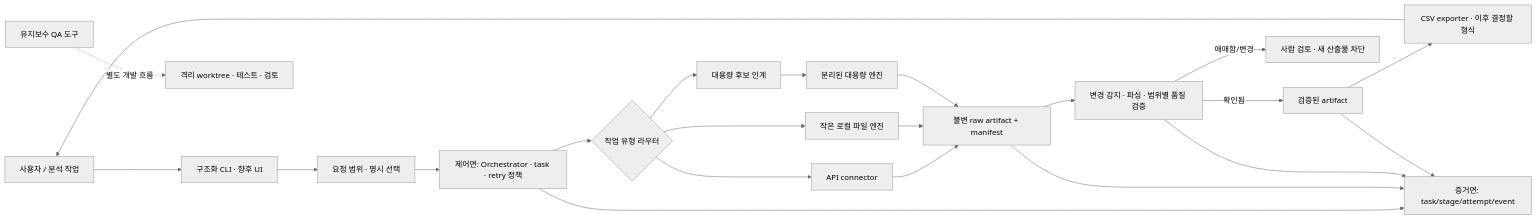
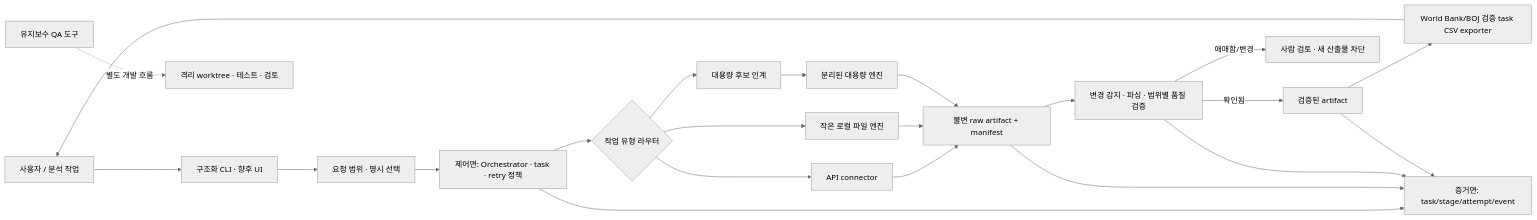
One commit to jaeu983-lang/MacroAtlas changed the diagram in docs/PRODUCT_ARCHITECTURE.md. Above: the diagram before and after it, drawn with Mermaid (neutral theme). The commit also changed other lines of this file and 17 other files, not shown here.

Commit message:
Add verified World Bank and BOJ CSV export

````diff
--- a/docs/PRODUCT_ARCHITECTURE.md
+++ b/docs/PRODUCT_ARCHITECTURE.md
@@ -49,24 +49,24 @@
 ```mermaid
 flowchart LR
     USER[사용자 / 분석 작업] --> CLI[구조화 CLI · 향후 UI]
     CLI --> REQ[요청 범위 · 명시 선택]
     REQ --> CTRL[제어면: Orchestrator · task · retry 정책]
     CTRL --> ROUTE{작업 유형 라우터}
     ROUTE --> API[API connector]
     ROUTE --> SMALL[작은 로컬 파일 엔진]
     ROUTE --> DEFER[대용량 후보 인계]
     DEFER --> LARGE[분리된 대용량 엔진]
     API --> RAW[불변 raw artifact + manifest]
     SMALL --> RAW
     LARGE --> RAW
     RAW --> CHECK[변경 감지 · 파싱 · 범위별 품질 검증]
     CHECK -->|확인됨| VERIFIED[검증된 artifact]
     CHECK -->|애매함/변경| HOLD[사람 검토 · 새 산출물 차단]
-    VERIFIED --> EXPORT[CSV exporter · 이후 결정할 형식]
+    VERIFIED --> EXPORT[World Bank/BOJ 검증 task CSV exporter]
     CTRL --> EVID[증거면: task/stage/attempt/event]
     RAW --> EVID
     CHECK --> EVID
     VERIFIED --> EVID
     EXPORT --> USER
     ANALYZER[유지보수 QA 도구] -. 별도 개발 흐름 .-> CODE[격리 worktree · 테스트 · 검토]
 ```
````
